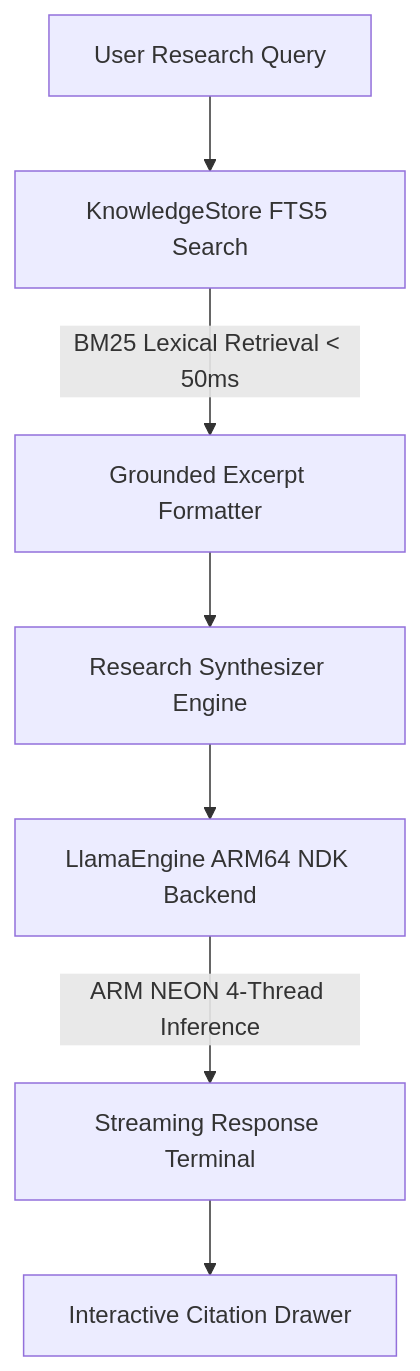
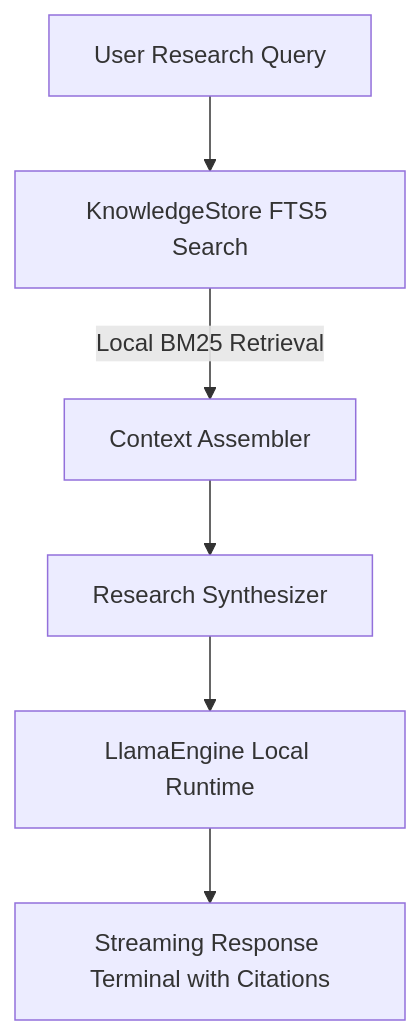
One commit to nabeelmun/nomad-research changed the diagram in README.md. Above: the diagram before and after it, drawn with Mermaid. The commit also changed other lines of this file and 2 other files, not shown here.

````diff
--- a/README.md
+++ b/README.md
@@ -42,9 +22,8 @@
 ```mermaid
 graph TD
     A[User Research Query] --> B[KnowledgeStore FTS5 Search]
-    B -->|BM25 Lexical Retrieval < 50ms| C[Grounded Excerpt Formatter]
-    C --> D[Research Synthesizer Engine]
-    D --> E[LlamaEngine ARM64 NDK Backend]
-    E -->|ARM NEON 4-Thread Inference| F[Streaming Response Terminal]
-    F --> G[Interactive Citation Drawer]
+    B -->|Local BM25 Retrieval| C[Context Assembler]
+    C --> D[Research Synthesizer]
+    D --> E[LlamaEngine Local Runtime]
+    E --> F[Streaming Response Terminal with Citations]
 ```
````
